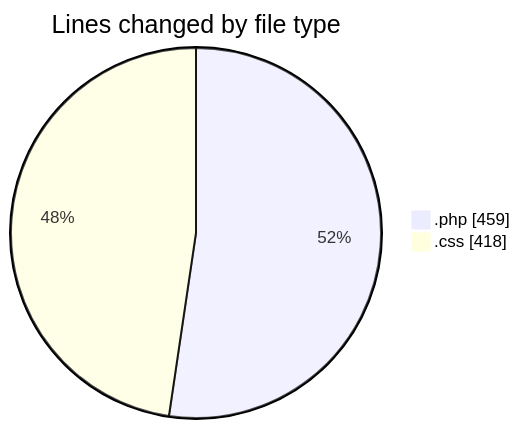
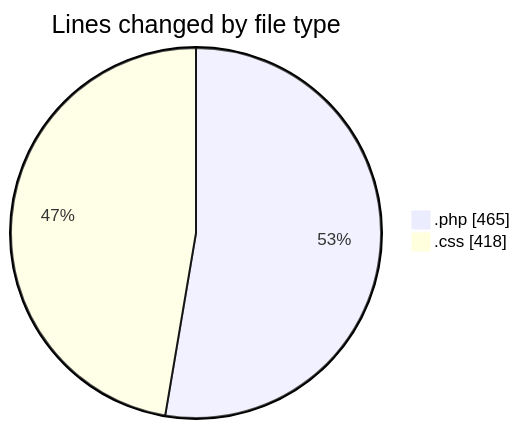
Before and after one commit to LanceThiago/code-tracking: the first of 2 diagrams in 2025-04-22/web/README.md, drawn with Mermaid. The commit also changed other lines of this file and 1 other file, not shown here.

````diff
--- a/2025-04-22/web/README.md
+++ b/2025-04-22/web/README.md
@@ -24,6 +24,6 @@
 ```mermaid
 pie showData
 title Lines changed by file type
-".php" : 459
+".php" : 465
 ".css" : 418
 ```
````
